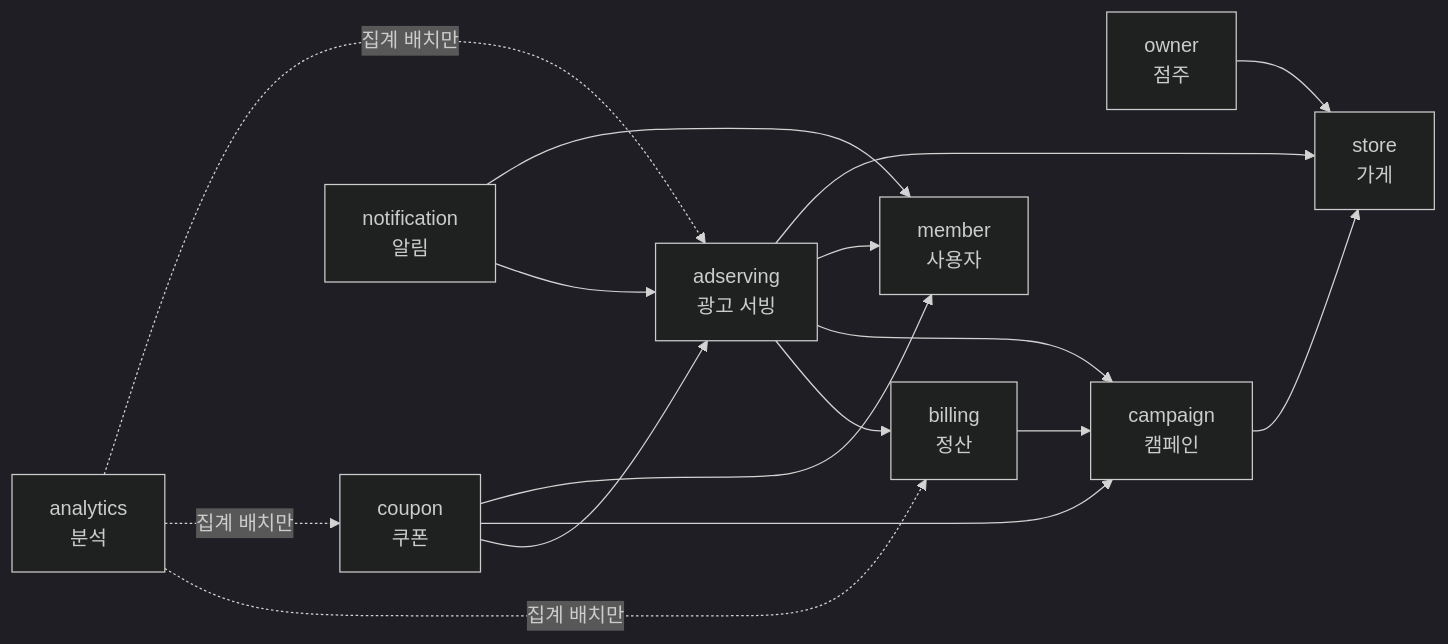
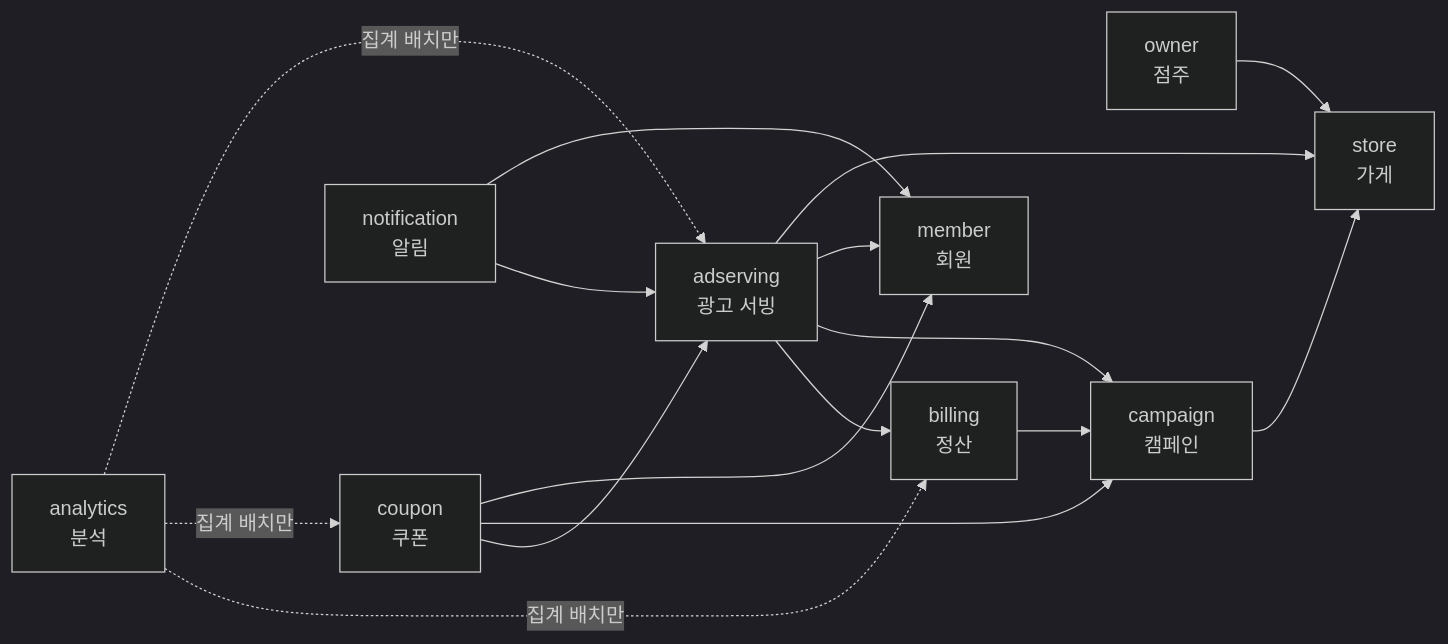
Before and after one commit to lunch-catch/lc-backend: the second of 2 diagrams in docs/architecture/런치캐치_도메인_구조와_의존성_설계.md, drawn with Mermaid (dark theme). The commit also changed other lines of this file, not shown here.

````diff
--- a/docs/architecture/런치캐치_도메인_구조와_의존성_설계.md
+++ b/docs/architecture/런치캐치_도메인_구조와_의존성_설계.md
@@ -241,26 +241,26 @@
 ```mermaid
 flowchart LR
   ANA["analytics<br/>분석"]
   COU["coupon<br/>쿠폰"]
   NOT["notification<br/>알림"]
   OWN["owner<br/>점주"]
   ADS["adserving<br/>광고 서빙"]
   BIL["billing<br/>정산"]
-  MEM["member<br/>사용자"]
+  MEM["member<br/>회원"]
   CAM["campaign<br/>캠페인"]
   STO["store<br/>가게"]
 
   ANA -. "집계 배치만" .-> BIL & COU & ADS
   BIL --> CAM
   COU --> ADS
   COU --> CAM
   COU --> MEM
   NOT --> ADS
   NOT --> MEM
   OWN --> STO
   ADS --> BIL
   ADS --> CAM
   ADS --> MEM
   ADS --> STO
   CAM --> STO
 ```
````
